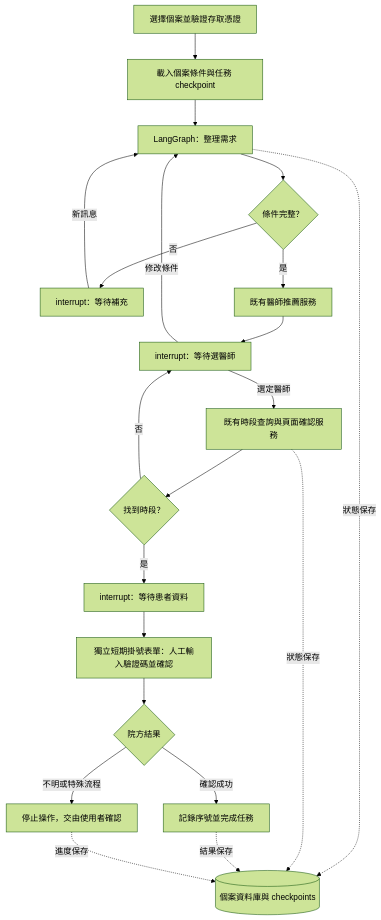
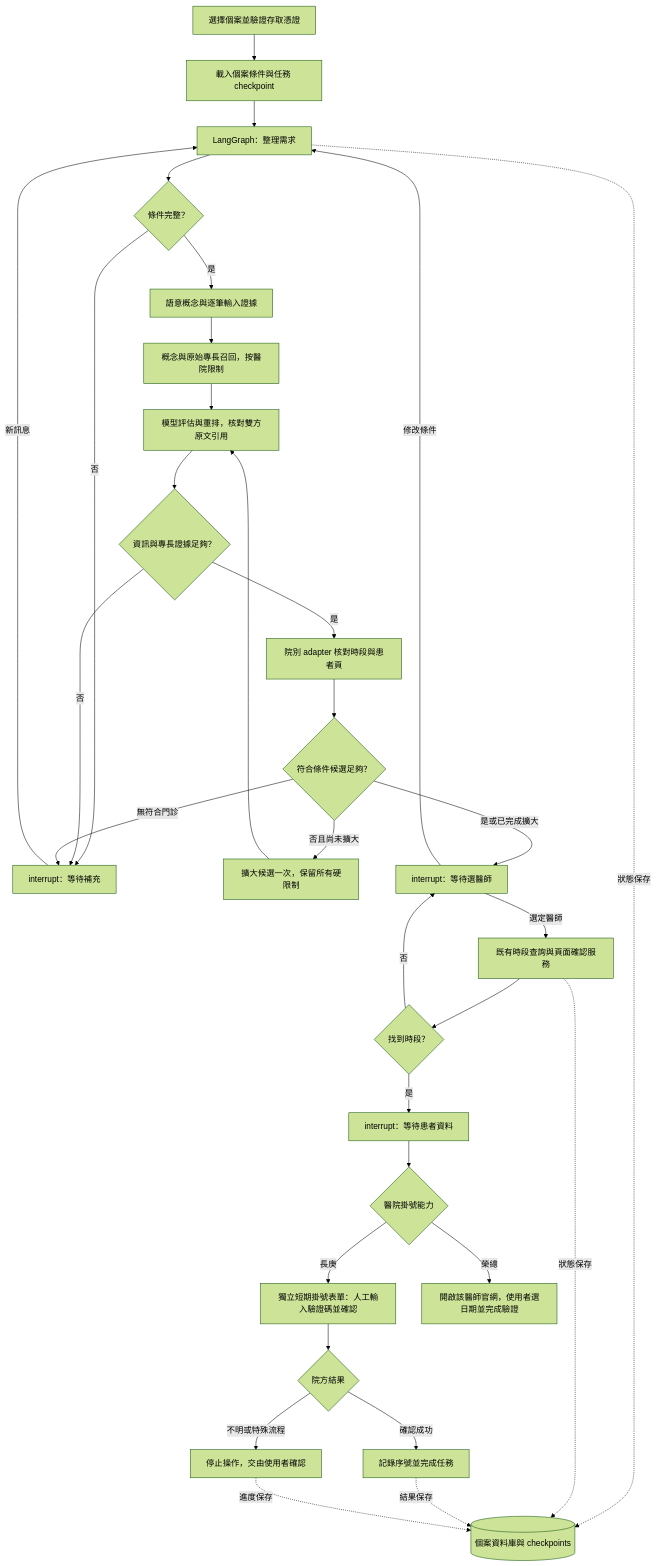
The second of 2 diagrams in README.md (wenxxi/doctor-matching-agent), drawn with Mermaid (forest theme) before and after one commit. The commit also changed other lines of this file and 55 other files, not shown here.

````diff
--- a/README.md
+++ b/README.md
@@ -60,23 +60,34 @@
 ```mermaid
 flowchart TD
     A[選擇個案並驗證存取憑證] --> B[載入個案條件與任務 checkpoint]
     B --> C[LangGraph：整理需求]
     C --> D{條件完整？}
     D -->|否| E[interrupt：等待補充]
     E -->|新訊息| C
-    D -->|是| F[既有醫師推薦服務]
-    F --> G[interrupt：等待選醫師]
+    D -->|是| F[語意概念與逐筆輸入證據]
+    F --> R[概念與原始專長召回，按醫院限制]
+    R --> V[模型評估與重排，核對雙方原文引用]
+    V --> Q{資訊與專長證據足夠？}
+    Q -->|否| E
+    Q -->|是| S[院別 adapter 核對時段與患者頁]
+    S --> T{符合條件候選足夠？}
+    T -->|否且尚未擴大| R2[擴大候選一次，保留所有硬限制]
+    R2 --> V
+    T -->|無符合門診| E
+    T -->|是或已完成擴大| G[interrupt：等待選醫師]
     G -->|修改條件| C
     G -->|選定醫師| H[既有時段查詢與頁面確認服務]
     H --> I{找到時段？}
     I -->|否| G
     I -->|是| J[interrupt：等待患者資料]
-    J --> K[獨立短期掛號表單：人工輸入驗證碼並確認]
+    J --> BTYPE{醫院掛號能力}
+    BTYPE -->|長庚| K[獨立短期掛號表單：人工輸入驗證碼並確認]
+    BTYPE -->|榮總| OFF[開啟該醫師官網，使用者選日期並完成驗證]
     K --> L{院方結果}
     L -->|確認成功| M[記錄序號並完成任務]
     L -->|不明或特殊流程| N[停止操作，交由使用者確認]
     C -.狀態保存.-> DB[(個案資料庫與 checkpoints)]
     H -.狀態保存.-> DB
     M -.結果保存.-> DB
     N -.進度保存.-> DB
 ```
````
